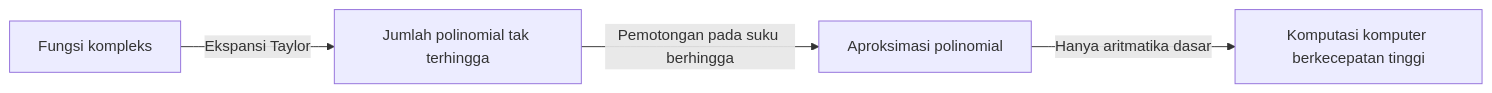
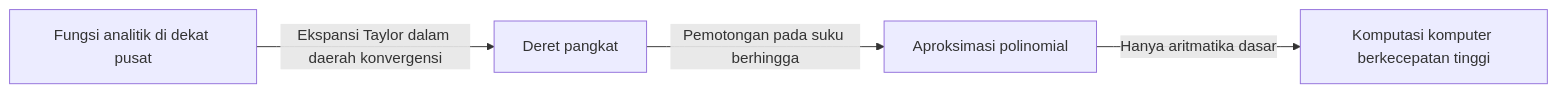
The diagram in content/post/taylor-and-maclaurin-series/index.id.md (kenjinote/blog), drawn with Mermaid before and after one commit. The commit also changed other lines of this file and 10 other files, not shown here.

````diff
--- a/content/post/taylor-and-maclaurin-series/index.id.md
+++ b/content/post/taylor-and-maclaurin-series/index.id.md
@@ -25,6 +26,6 @@
 ```mermaid
 flowchart LR
-    A["Fungsi kompleks"] -->|"Ekspansi Taylor"| B["Jumlah polinomial tak terhingga"]
+    A["Fungsi analitik di dekat pusat"] -->|"Ekspansi Taylor dalam daerah konvergensi"| B["Deret pangkat"]
     B -->|"Pemotongan pada suku berhingga"| C["Aproksimasi polinomial"]
     C -->|"Hanya aritmatika dasar"| D["Komputasi komputer berkecepatan tinggi"]
 ```
````
